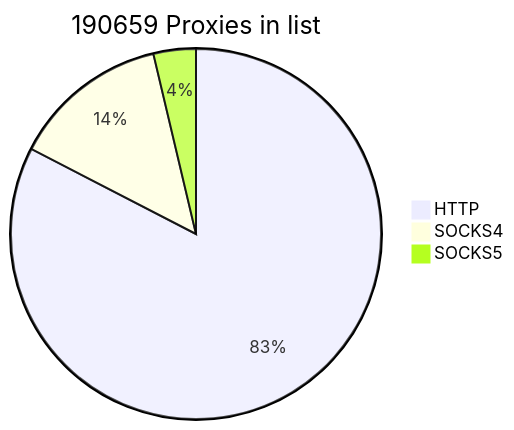
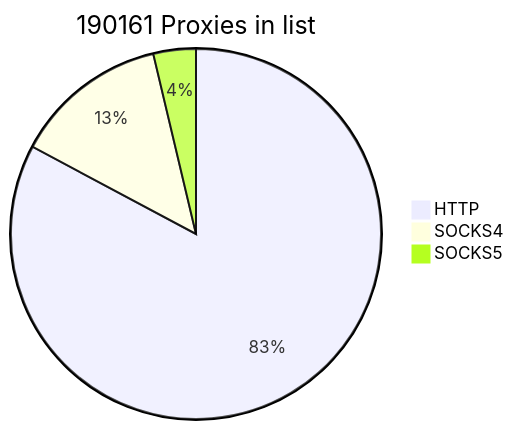
The first of 2 diagrams in README.md (cutipu/proxylist), drawn with Mermaid before and after one commit. The commit also changed other lines of this file, not shown here.

````diff
--- a/README.md
+++ b/README.md
@@ -2,7 +2,7 @@
 ```mermaid
-pie title 190659 Proxies in list
+pie title 190161 Proxies in list
     "HTTP" : 157465
-    "SOCKS4" : 26142
+    "SOCKS4" : 25644
     "SOCKS5" : 7052
             
 ```
````
